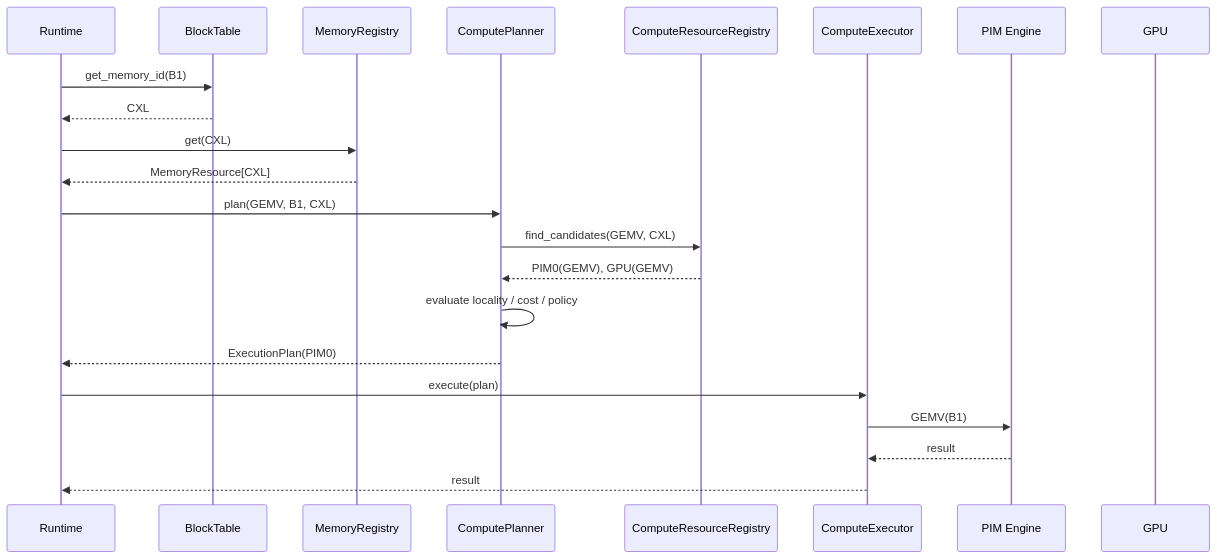
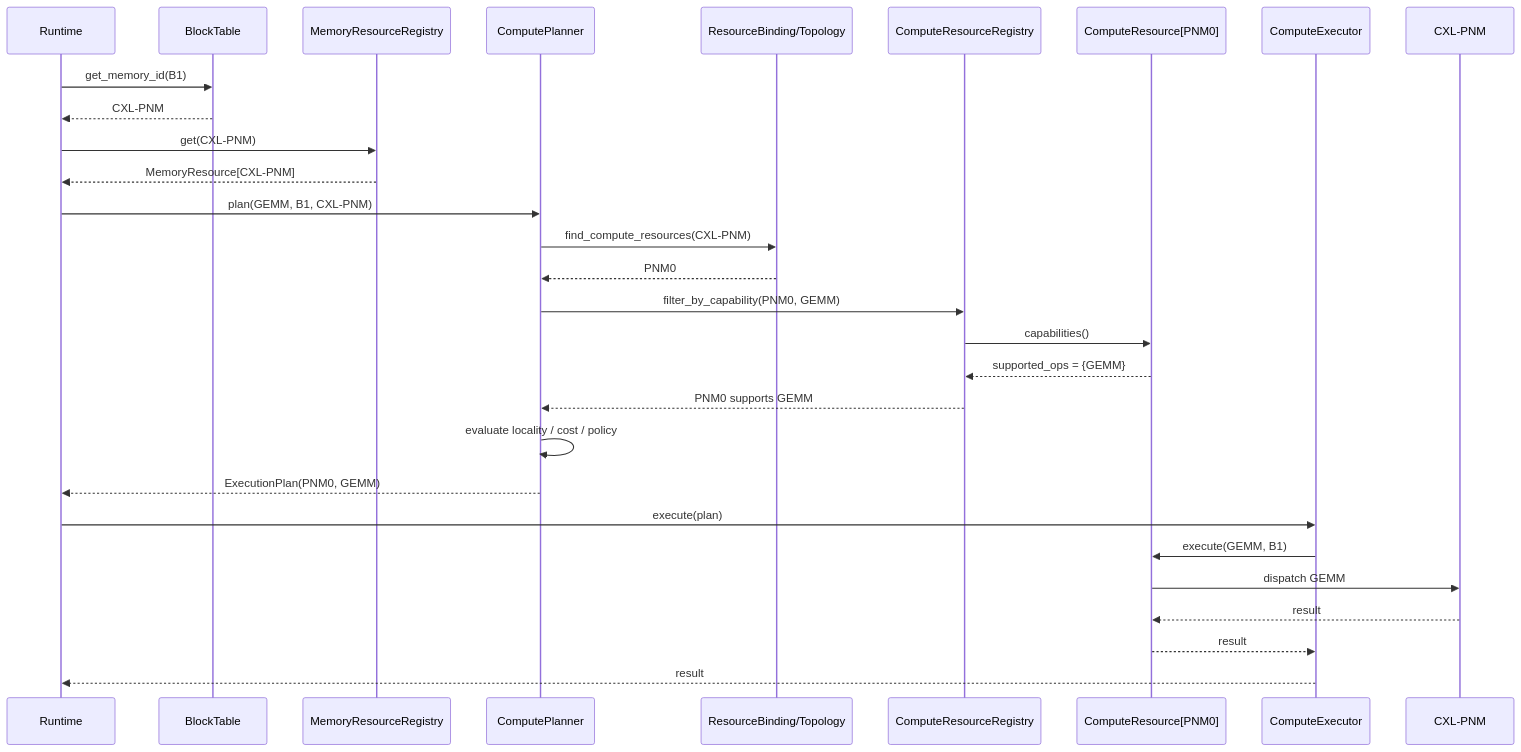
Before and after one commit to mkim0628/vllm: the eighth of 8 diagrams in doc-mk/vllm-compute-capable-memory-candidates.md, drawn with Mermaid. The commit also changed other lines of this file, not shown here.

Commit message:
docs: refine DP2 candidates and trade-off evaluation

````diff
--- a/doc-mk/vllm-compute-capable-memory-candidates.md
+++ b/doc-mk/vllm-compute-capable-memory-candidates.md
@@ -602,27 +458,32 @@
 ```mermaid
 sequenceDiagram
     participant R as Runtime
     participant BT as BlockTable
-    participant MM as MemoryRegistry
+    participant MREG as MemoryResourceRegistry
     participant CP as ComputePlanner
-    participant CR as ComputeResourceRegistry
+    participant BIND as ResourceBinding/Topology
+    participant CREG as ComputeResourceRegistry
+    participant PNM as ComputeResource[PNM0]
     participant CE as ComputeExecutor
-    participant PIM as PIM Engine
-    participant GPU as GPU
+    participant HW as CXL-PNM
 
     R->>BT: get_memory_id(B1)
-    BT-->>R: CXL
-    R->>MM: get(CXL)
-    MM-->>R: MemoryResource[CXL]
-
-    R->>CP: plan(GEMV, B1, CXL)
-    CP->>CR: find_candidates(GEMV, CXL)
-    CR-->>CP: PIM0(GEMV), GPU(GEMV)
+    BT-->>R: CXL-PNM
+    R->>MREG: get(CXL-PNM)
+    MREG-->>R: MemoryResource[CXL-PNM]
+    R->>CP: plan(GEMM, B1, CXL-PNM)
+    CP->>BIND: find_compute_resources(CXL-PNM)
+    BIND-->>CP: PNM0
+    CP->>CREG: filter_by_capability(PNM0, GEMM)
+    CREG->>PNM: capabilities()
+    PNM-->>CREG: supported_ops = {GEMM}
+    CREG-->>CP: PNM0 supports GEMM
     CP->>CP: evaluate locality / cost / policy
-    CP-->>R: ExecutionPlan(PIM0)
-
+    CP-->>R: ExecutionPlan(PNM0, GEMM)
     R->>CE: execute(plan)
-    CE->>PIM: GEMV(B1)
-    PIM-->>CE: result
+    CE->>PNM: execute(GEMM, B1)
+    PNM->>HW: dispatch GEMM
+    HW-->>PNM: result
+    PNM-->>CE: result
     CE-->>R: result
 ```
````
